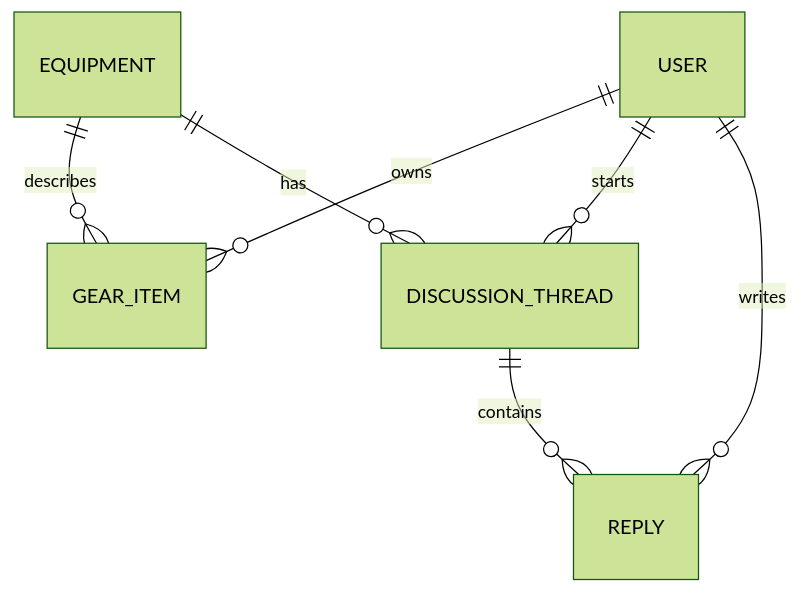
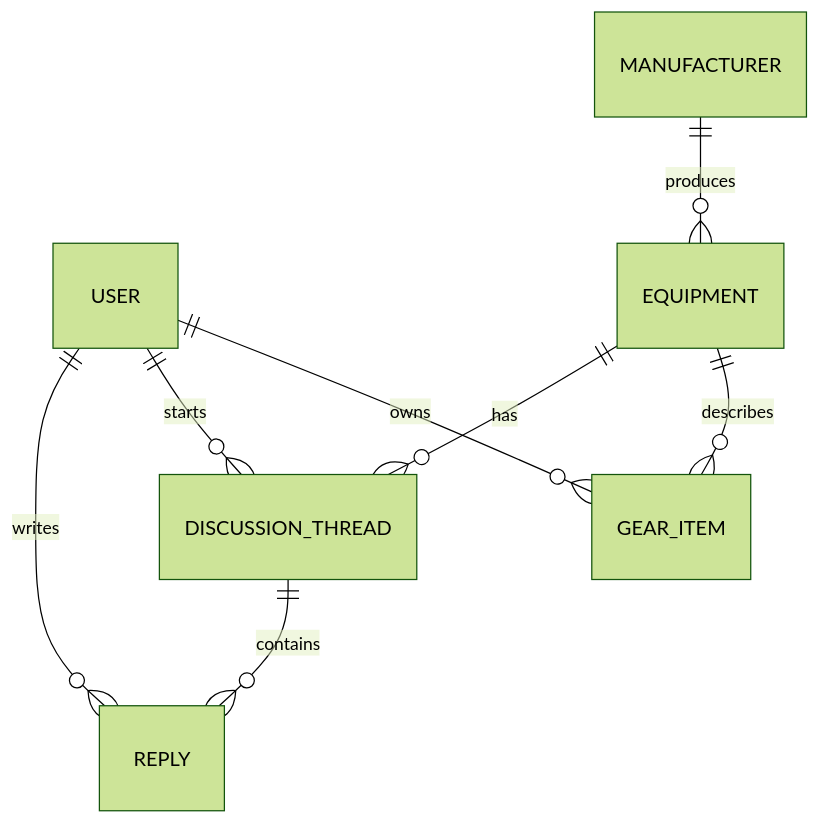
One commit to mrwylan/gearaddict changed the diagram in docs/entity-model.md. Above: the diagram before and after it, drawn with Mermaid (forest theme). The commit also changed other lines of this file and 14 other files, not shown here.

````diff
--- a/docs/entity-model.md
+++ b/docs/entity-model.md
@@ -5,9 +5,10 @@
 ```mermaid
 erDiagram
     USER ||--o{ GEAR_ITEM : "owns"
+    MANUFACTURER ||--o{ EQUIPMENT : "produces"
     EQUIPMENT ||--o{ GEAR_ITEM : "describes"
     EQUIPMENT ||--o{ DISCUSSION_THREAD : "has"
     USER ||--o{ DISCUSSION_THREAD : "starts"
     DISCUSSION_THREAD ||--o{ REPLY : "contains"
     USER ||--o{ REPLY : "writes"
 ```
````
